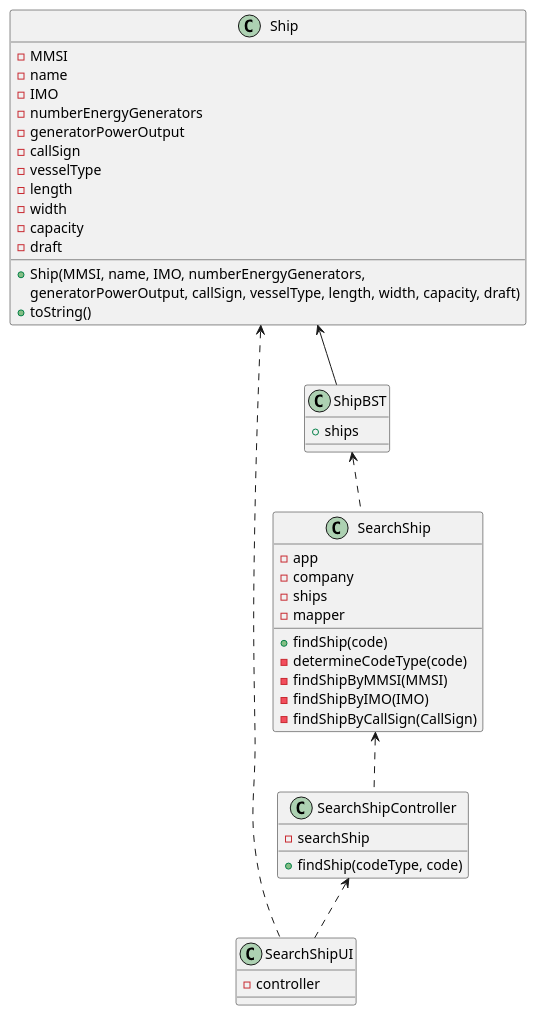
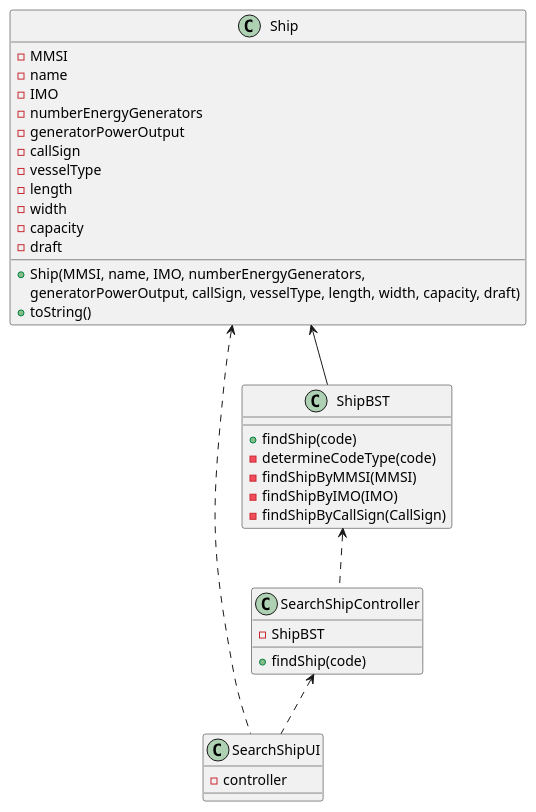
Before and after one commit to 1190772/LAB-Project-3: the diagram in docs/Sprint 1/US/US102/US102_CD.puml, drawn with PlantUML. The commit also changed 4 other files, not shown here.

```diff
--- a/docs/Sprint 1/US/US102/US102_CD.puml
+++ b/docs/Sprint 1/US/US102/US102_CD.puml
@@ -1,53 +1,44 @@
 @startuml
 'https://plantuml.com/class-diagram
 
 class SearchShipUI {
 - controller
 }
 
 class SearchShipController {
-- searchShip
-+ findShip(codeType, code)
+- ShipBST
++ findShip(code)
 }
 
-class SearchShip {
-- app
-- company
-- ships
-- mapper
+class ShipBST {
 + findShip(code)
 - determineCodeType(code)
 - findShipByMMSI(MMSI)
 - findShipByIMO(IMO)
 - findShipByCallSign(CallSign)
-}
-
-class ShipBST {
-+ ships
 }
 
 class Ship {
 -MMSI
 -name
 -IMO
 -numberEnergyGenerators
 -generatorPowerOutput
 -callSign
 -vesselType
 -length
 -width
 -capacity
 -draft
 + Ship(MMSI, name, IMO, numberEnergyGenerators,
           generatorPowerOutput, callSign, vesselType, length, width, capacity, draft)
 + toString()
 }
 
 SearchShipController <.. SearchShipUI
-SearchShip <.. SearchShipController
-ShipBST <.. SearchShip
+ShipBST <.. SearchShipController
 Ship <-- ShipBST
 Ship <.. SearchShipUI
 
 
 @enduml
```
